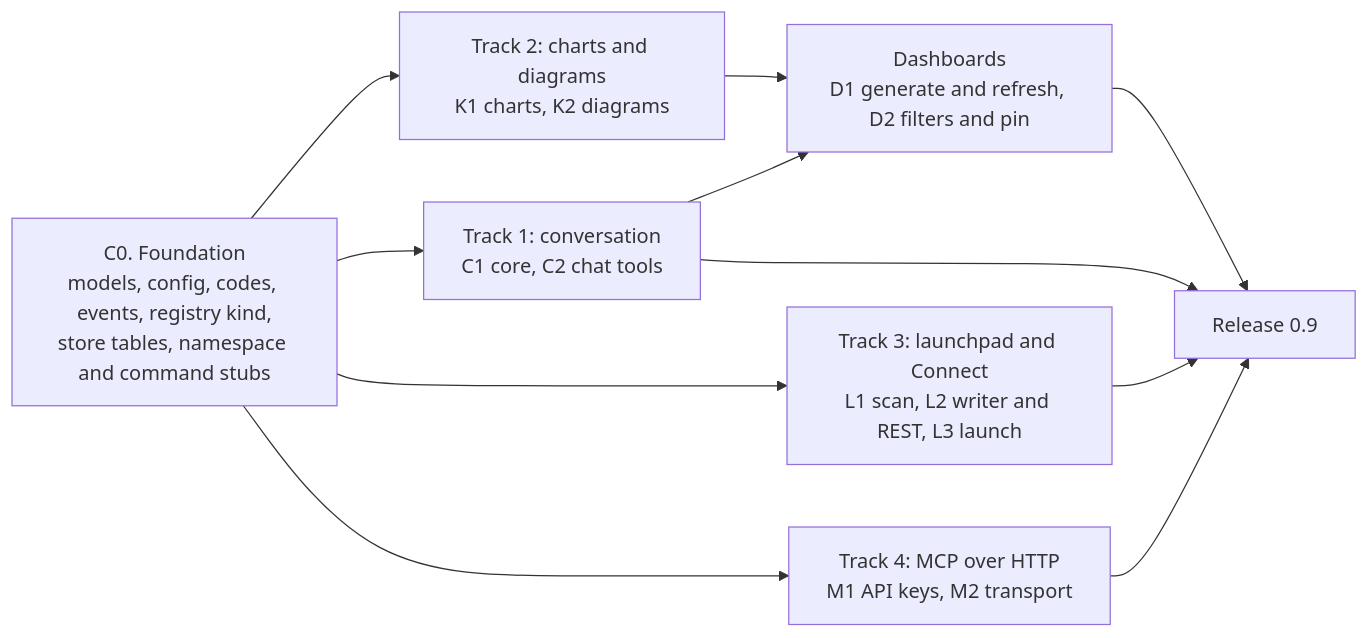
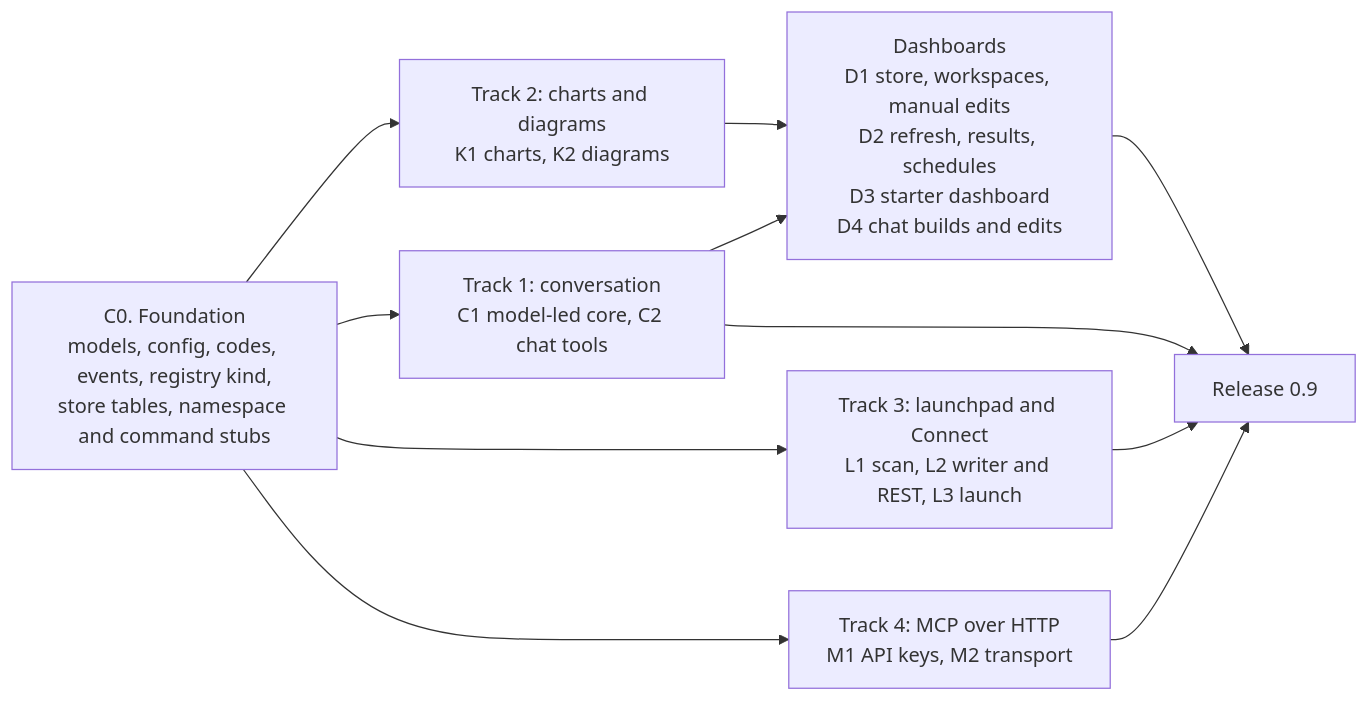
One commit to nadeem4/nl2sql changed the first of 4 diagrams in docs/architecture/wave_c.md. Above: the diagram before and after it, drawn with Mermaid. The commit also changed other lines of this file and 1 other file, not shown here.

Commit message:
docs(wave-c): model-led chat, dashboards as artifacts, workspaces and refresh

````diff
--- a/docs/architecture/wave_c.md
+++ b/docs/architecture/wave_c.md
@@ -140,14 +182,14 @@
 ```mermaid
 flowchart LR
   C0["C0. Foundation<br/>models, config, codes, events, registry kind,<br/>store tables, namespace and command stubs"]
-  C0 --> T1["Track 1: conversation<br/>C1 core, C2 chat tools"]
+  C0 --> T1["Track 1: conversation<br/>C1 model-led core, C2 chat tools"]
   C0 --> T2["Track 2: charts and diagrams<br/>K1 charts, K2 diagrams"]
   C0 --> T3["Track 3: launchpad and Connect<br/>L1 scan, L2 writer and REST, L3 launch"]
   C0 --> T4["Track 4: MCP over HTTP<br/>M1 API keys, M2 transport"]
-  T2 --> D["Dashboards<br/>D1 generate and refresh, D2 filters and pin"]
+  T2 --> D["Dashboards<br/>D1 store, workspaces, manual edits<br/>D2 refresh, results, schedules<br/>D3 starter dashboard<br/>D4 chat builds and edits"]
   T1 --> D
   D --> REL["Release 0.9"]
   T1 --> REL
   T3 --> REL
   T4 --> REL
 ```
````
